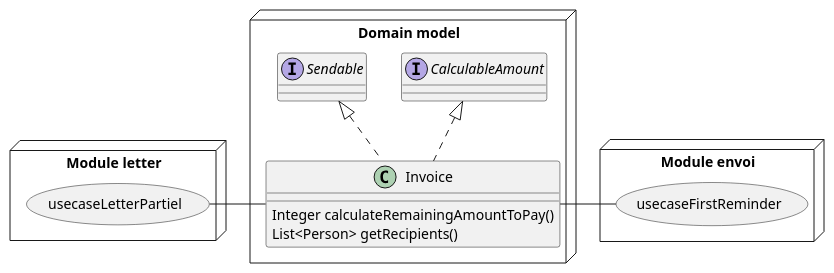
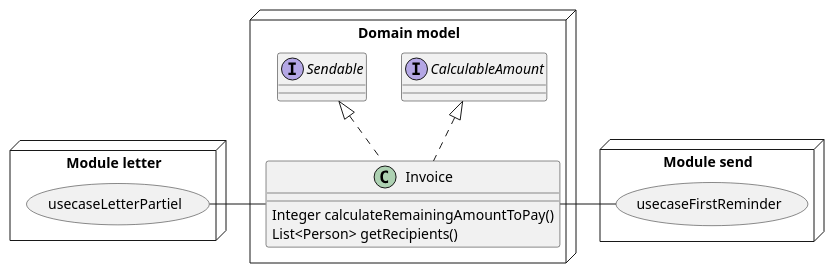
The second of 2 diagrams in java17.adoc (t4w4n3/articles-again), drawn with PlantUML before and after one commit. The commit also changed other lines of this file and 1 other file, not shown here.

```diff
--- a/java17.adoc
+++ b/java17.adoc
@@ -85,29 +86,29 @@
 [plantuml,Modèle de domaine avec Invoice et cas d’utilisation,png]
 ----
 @startuml
 allow_mixing
 
 node "Domain model" {
 
 
 	class Invoice implements CalculableAmount, Sendable {
 	Integer calculateRemainingAmountToPay()
 	List<Person> getRecipients()
   }
 
   interface CalculableAmount
   interface Sendable
 }
 
 node "Module letter" {
   usecase usecaseLetterPartiel
   usecaseLetterPartiel - Invoice
 }
 
-node "Module envoi" {
+node "Module send" {
   usecase usecaseFirstReminder
   usecaseFirstReminder - Invoice
 }
 
 @enduml
 ----
```
